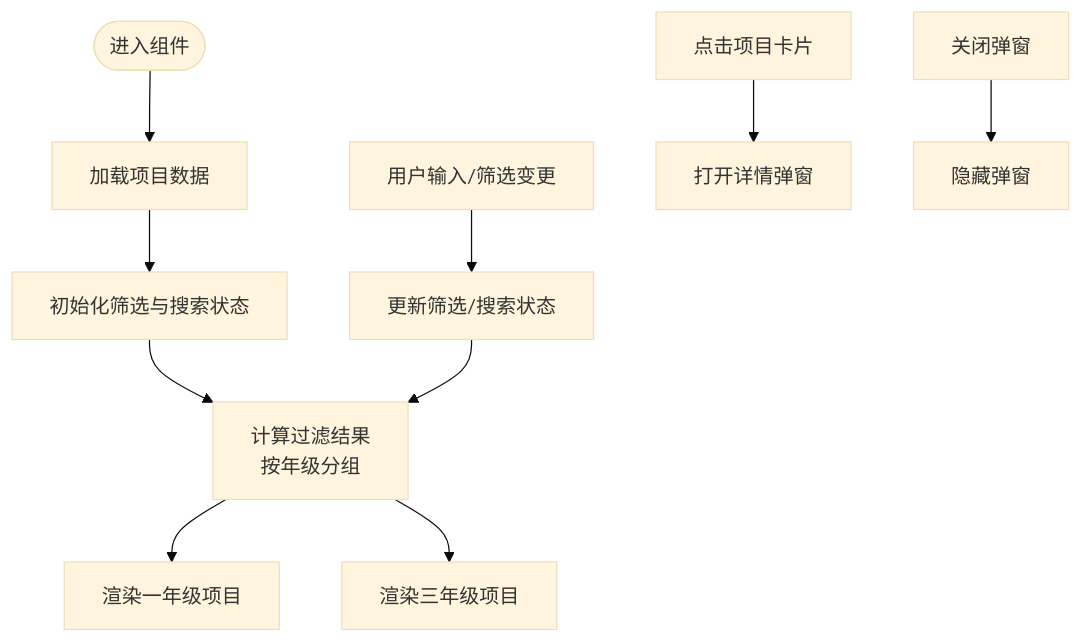
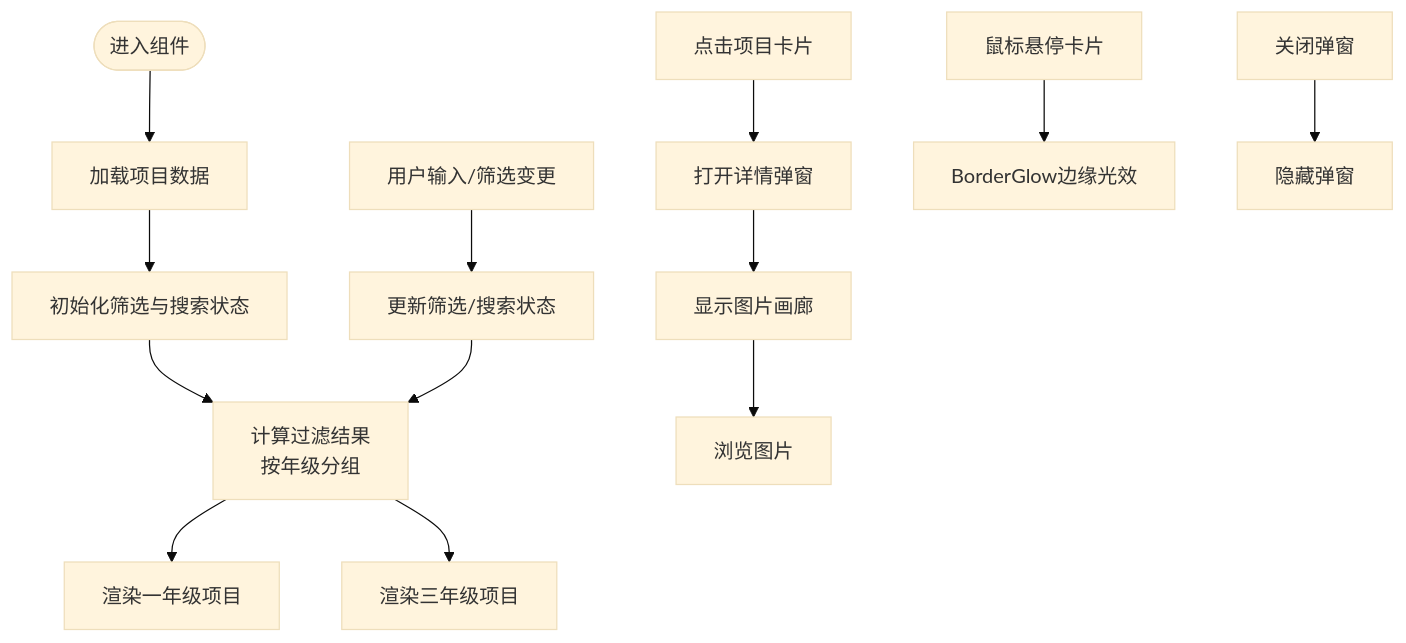
One commit to lithos666/lithos666.github.io changed the third of 4 diagrams in .qoder/repowiki/zh/content/核心功能模块/作品展示组件/作品展示主组件.md. Above: the diagram before and after it, drawn with Mermaid (base theme). The commit also changed other lines of this file and 51 other files, not shown here.

````diff
--- a/.qoder/repowiki/zh/content/核心功能模块/作品展示组件/作品展示主组件.md
+++ b/.qoder/repowiki/zh/content/核心功能模块/作品展示组件/作品展示主组件.md
@@ -150,12 +179,15 @@
 ```mermaid
 flowchart TD
 Start(["进入组件"]) --> LoadData["加载项目数据"]
 LoadData --> InitState["初始化筛选与搜索状态"]
 InitState --> Compute["计算过滤结果<br/>按年级分组"]
 Compute --> RenderY1["渲染一年级项目"]
 Compute --> RenderY3["渲染三年级项目"]
 UserInput["用户输入/筛选变更"] --> UpdateState["更新筛选/搜索状态"]
 UpdateState --> Compute
 ClickCard["点击项目卡片"] --> OpenModal["打开详情弹窗"]
+OpenModal --> ShowGallery["显示图片画廊"]
+ShowGallery --> NavigateImages["浏览图片"]
+HoverCard["鼠标悬停卡片"] --> BorderGlowEffect["BorderGlow边缘光效"]
 CloseModal["关闭弹窗"] --> HideModal["隐藏弹窗"]
 ```
````
